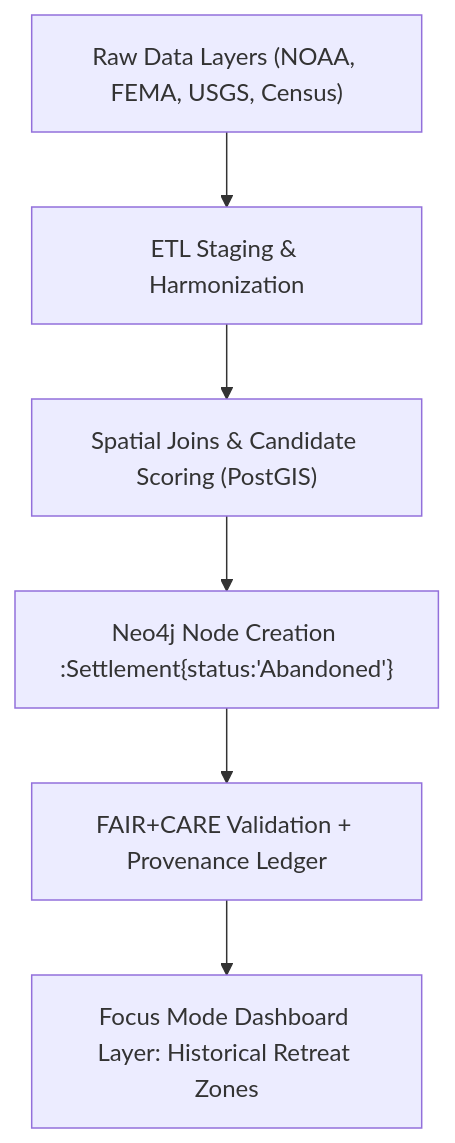
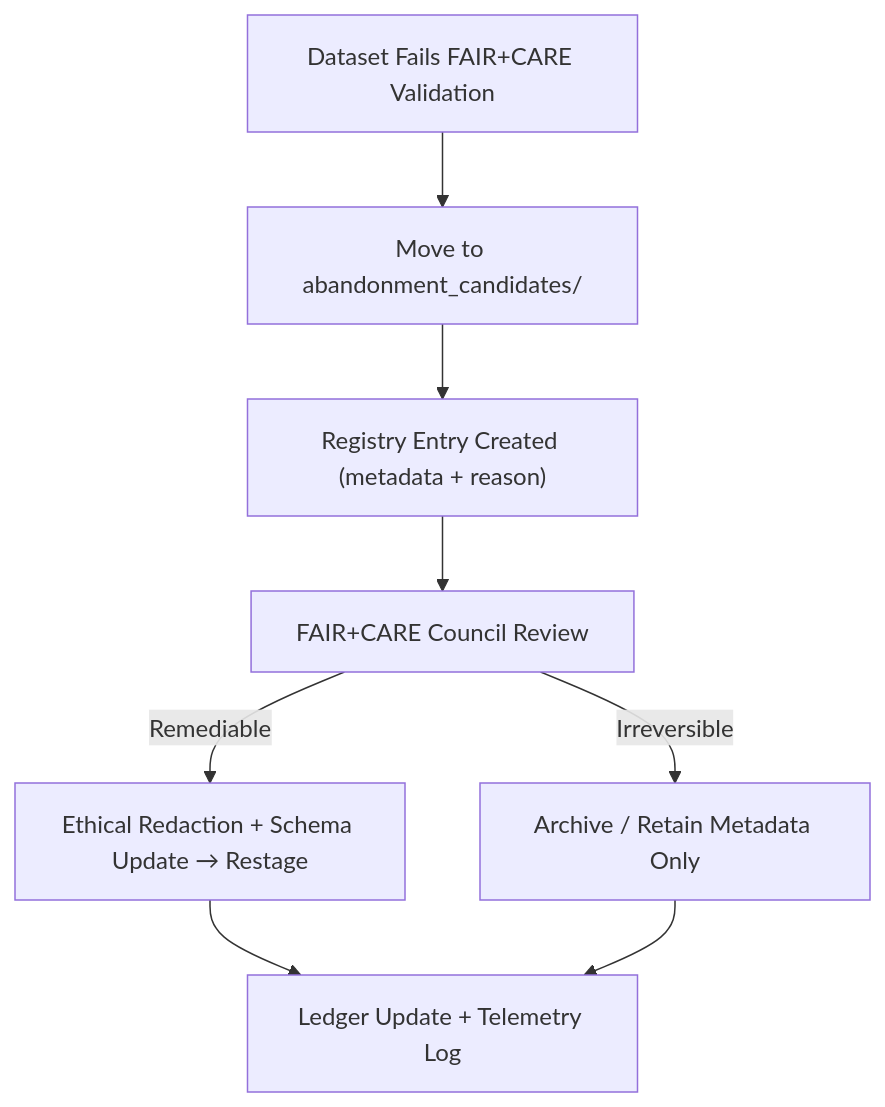
One commit to bartytime4life/Kansas-Frontier-Matrix changed the diagram in data/work/staging/tabular/abandonment_candidates/README.md. Above: the diagram before and after it, drawn with Mermaid. The commit also changed other lines of this file, not shown here.

````diff
--- a/data/work/staging/tabular/abandonment_candidates/README.md
+++ b/data/work/staging/tabular/abandonment_candidates/README.md
@@ -122,9 +79,10 @@
 ```mermaid
 flowchart TD
-A["Raw Data Layers (NOAA, FEMA, USGS, Census)"]
-  --> B["ETL Staging & Harmonization"]
-B --> C["Spatial Joins & Candidate Scoring (PostGIS)"]
-C --> D["Neo4j Node Creation :Settlement{status:'Abandoned'}"]
-D --> E["FAIR+CARE Validation + Provenance Ledger"]
-E --> F["Focus Mode Dashboard Layer: Historical Retreat Zones"]
+  A["Dataset Fails FAIR+CARE Validation"] --> B["Move to abandonment_candidates/"]
+  B --> C["Registry Entry Created (metadata + reason)"]
+  C --> D["FAIR+CARE Council Review"]
+  D -->|Remediable| E["Ethical Redaction + Schema Update → Restage"]
+  D -->|Irreversible| F["Archive / Retain Metadata Only"]
+  E --> G["Ledger Update + Telemetry Log"]
+  F --> G
 ```
````
